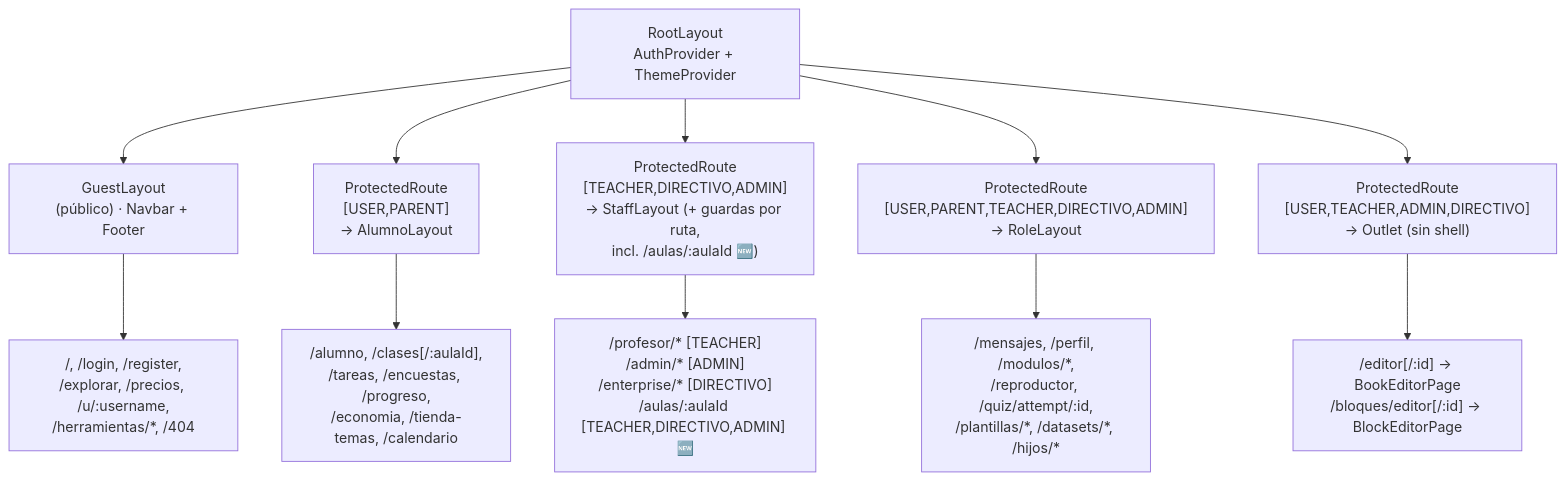
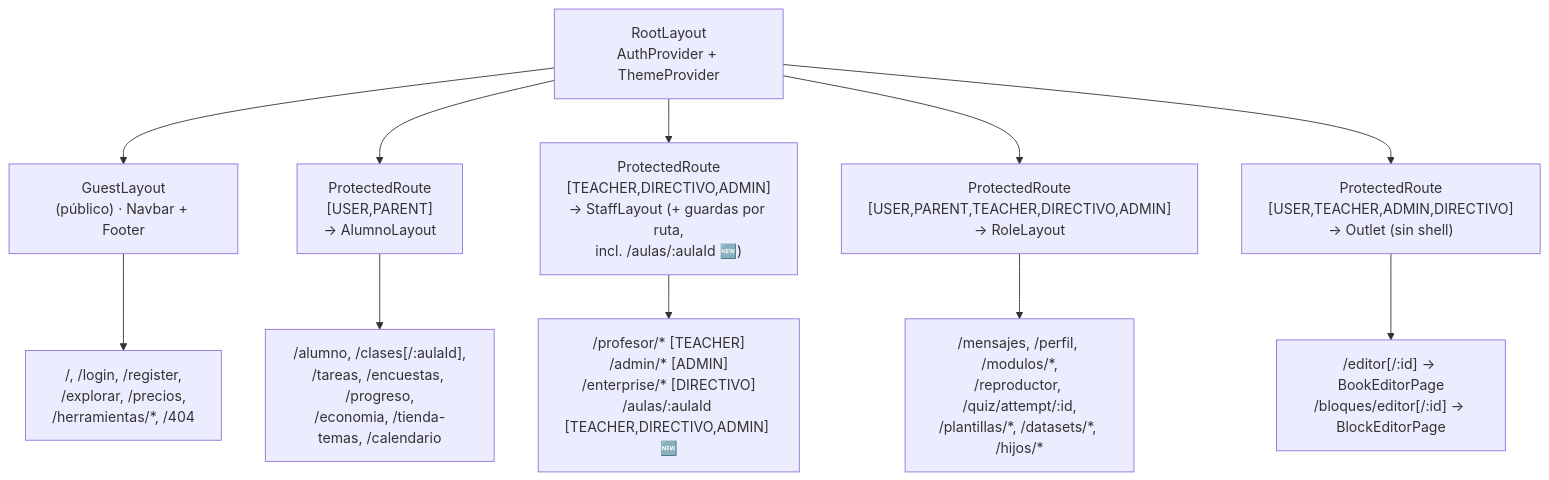
One commit to BOTC3PO/Proyecto_final changed the diagram in docs/frontend/overview.md. Above: the diagram before and after it, drawn with Mermaid. The commit also changed other lines of this file and 106 other files, not shown here.

````diff
--- a/docs/frontend/overview.md
+++ b/docs/frontend/overview.md
@@ -53,15 +53,15 @@
 ```mermaid
 graph TD
     Root["RootLayout<br/>AuthProvider + ThemeProvider"]
     Root --> Guest["GuestLayout<br/>(público) · Navbar + Footer"]
     Root --> Alumno["ProtectedRoute<br/>[USER,PARENT]<br/>→ AlumnoLayout"]
     Root --> Staff["ProtectedRoute<br/>[TEACHER,DIRECTIVO,ADMIN]<br/>→ StaffLayout (+ guardas por ruta,<br/>incl. /aulas/:aulaId 🆕)"]
     Root --> Role["ProtectedRoute<br/>[USER,PARENT,TEACHER,DIRECTIVO,ADMIN]<br/>→ RoleLayout"]
     Root --> Editors["ProtectedRoute<br/>[USER,TEACHER,ADMIN,DIRECTIVO]<br/>→ Outlet (sin shell)"]
 
-    Guest --> G1["/, /login, /register,<br/>/explorar, /precios, /u/:username,<br/>/herramientas/*, /404"]
+    Guest --> G1["/, /login, /register,<br/>/explorar, /precios,<br/>/herramientas/*, /404"]
     Alumno --> A1["/alumno, /clases[/:aulaId],<br/>/tareas, /encuestas, /progreso,<br/>/economia, /tienda-temas, /calendario"]
     Staff --> S1["/profesor/* [TEACHER]<br/>/admin/* [ADMIN]<br/>/enterprise/* [DIRECTIVO]<br/>/aulas/:aulaId [TEACHER,DIRECTIVO,ADMIN] 🆕"]
     Role --> R1["/mensajes, /perfil, /modulos/*,<br/>/reproductor, /quiz/attempt/:id,<br/>/plantillas/*, /datasets/*, /hijos/*"]
     Editors --> E1["/editor[/:id] → BookEditorPage<br/>/bloques/editor[/:id] → BlockEditorPage"]
 ```
````
